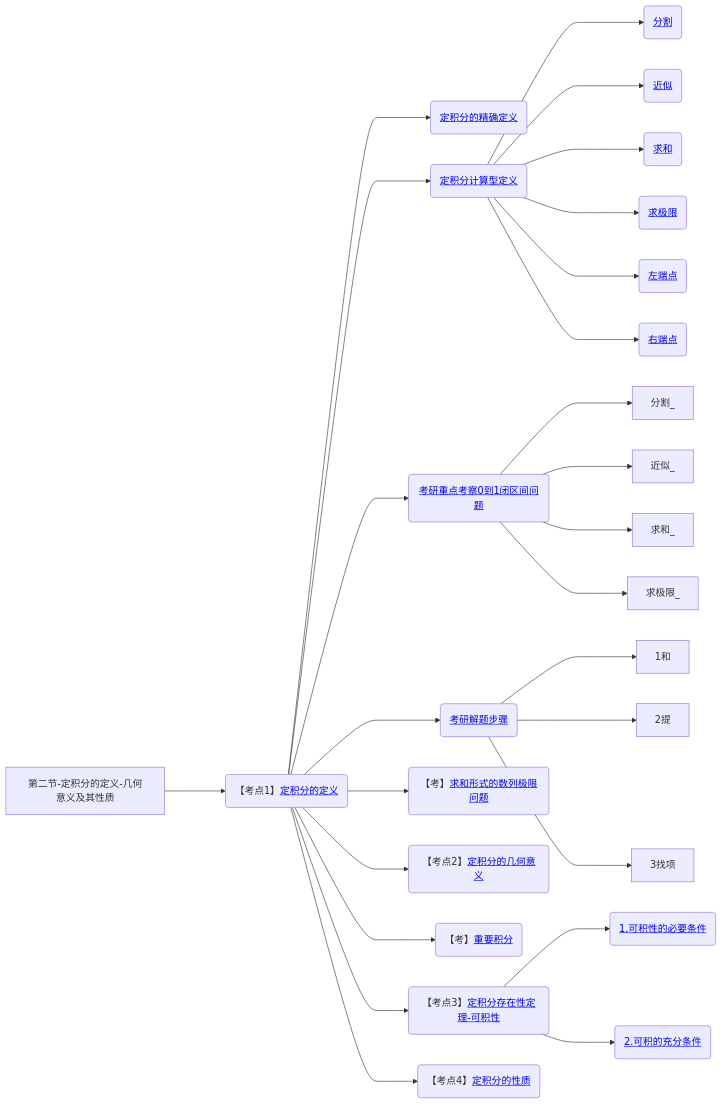
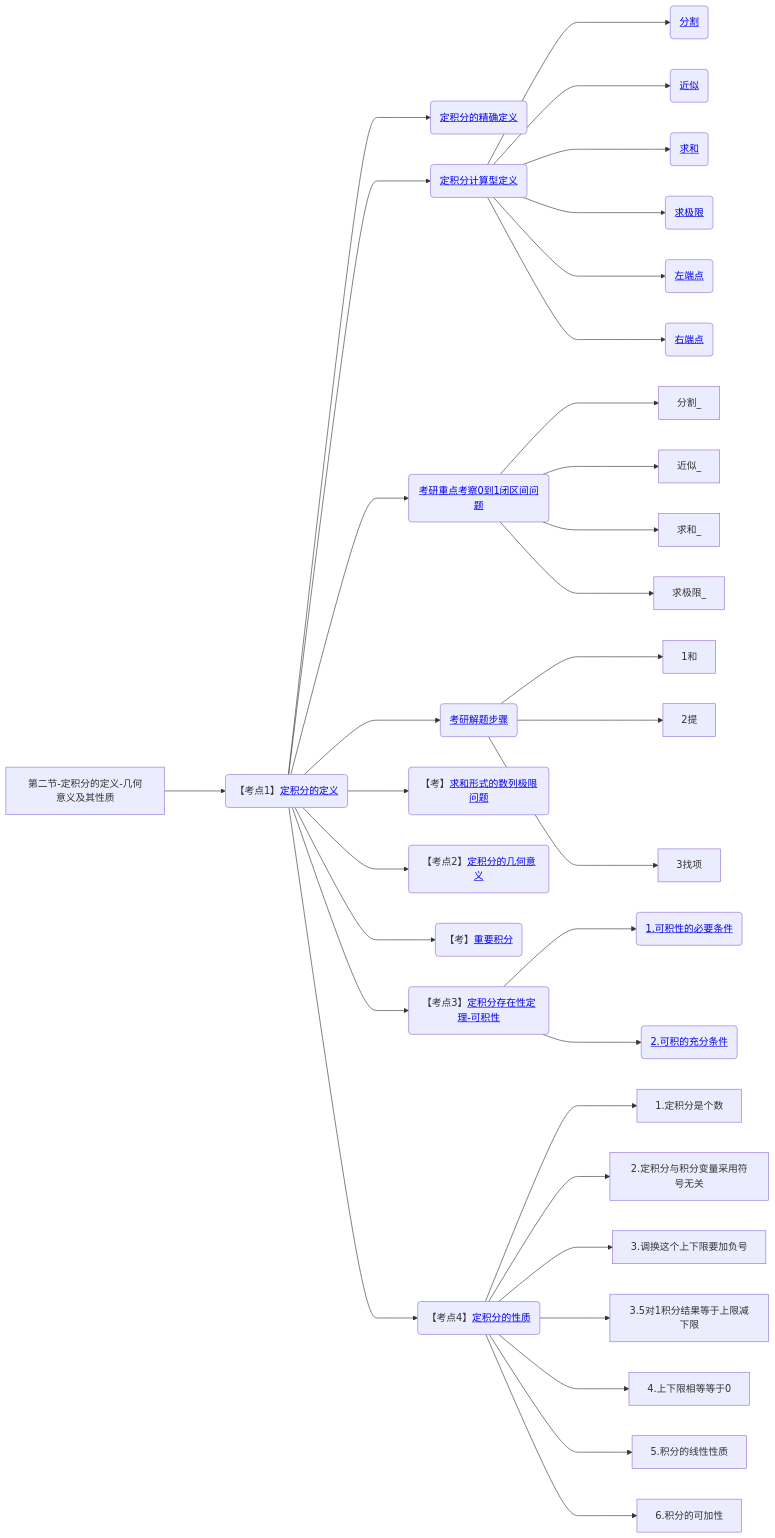
One commit to yuebinghui/note changed diagram 19 of 19 in 笔记/数学/周洋鑫/01.基础班思维导图.md. Above: the diagram before and after it, drawn with Mermaid. The commit also changed 4 other files, not shown here.

````diff
--- a/笔记/数学/周洋鑫/01.基础班思维导图.md
+++ b/笔记/数学/周洋鑫/01.基础班思维导图.md
@@ -694,39 +694,47 @@
 ```mermaid
 graph LR
 第二节-定积分的定义-几何意义及其性质
 
 第二节-定积分的定义-几何意义及其性质--->定积分的定义(【考点1】<a href="/Users/yuebinghui/Documents/program/github/note/笔记/数学/周洋鑫/基础班/21.定积分的定义_1.md#定积分的定义">定积分的定义</>)
 
 定积分的定义--->定积分的精确定义(<a href="/Users/yuebinghui/Documents/program/github/note/笔记/数学/周洋鑫/基础班/21.定积分的定义_1.md#定积分的精确定义">定积分的精确定义</>)
 定积分的精确定义
 定积分的定义--->定积分计算型定义(<a href="/Users/yuebinghui/Documents/program/github/note/笔记/数学/周洋鑫/基础班/21.定积分的定义_1.md#定积分计算型定义">定积分计算型定义</>)
 定积分计算型定义--->分割(<a href="/Users/yuebinghui/Documents/program/github/note/笔记/数学/周洋鑫/基础班/21.定积分的定义_1.md#分割">分割</>)
 定积分计算型定义--->近似(<a href="/Users/yuebinghui/Documents/program/github/note/笔记/数学/周洋鑫/基础班/21.定积分的定义_1.md#近似">近似</>)
 定积分计算型定义--->求和(<a href="/Users/yuebinghui/Documents/program/github/note/笔记/数学/周洋鑫/基础班/21.定积分的定义_1.md#求和">求和</>)
 定积分计算型定义--->求极限(<a href="/Users/yuebinghui/Documents/program/github/note/笔记/数学/周洋鑫/基础班/21.定积分的定义_1.md#求极限">求极限</>)
 定积分计算型定义--->左端点(<a href="/Users/yuebinghui/Documents/program/github/note/笔记/数学/周洋鑫/基础班/21.定积分的定义_1.md#左端点">左端点</>)
 定积分计算型定义--->右端点(<a href="/Users/yuebinghui/Documents/program/github/note/笔记/数学/周洋鑫/基础班/21.定积分的定义_1.md#右端点">右端点</>)
 
 定积分的定义--->考研重点考察0到1闭区间问题(<a href="/Users/yuebinghui/Documents/program/github/note/笔记/数学/周洋鑫/基础班/21.定积分的定义_1.md#考研重点考察0到1闭区间问题">考研重点考察0到1闭区间问题</>)
 考研重点考察0到1闭区间问题--->分割_
 考研重点考察0到1闭区间问题--->近似_
 考研重点考察0到1闭区间问题--->求和_
 考研重点考察0到1闭区间问题--->求极限_
 
 定积分的定义--->考研解题步骤(<a href="/Users/yuebinghui/Documents/program/github/note/笔记/数学/周洋鑫/基础班/21.定积分的定义_1.md#考研解题步骤">考研解题步骤</>)
 考研解题步骤--->1和
 考研解题步骤--->2提
 考研解题步骤--->3找项
 
 定积分的定义--->求和形式的数列极限问题(【考】<a href="/Users/yuebinghui/Documents/program/github/note/笔记/数学/周洋鑫/基础班/21.定积分的定义_1.md#求和形式的数列极限问题">求和形式的数列极限问题</>)
 
 定积分的定义--->定积分的几何意义(【考点2】<a href="/Users/yuebinghui/Documents/program/github/note/笔记/数学/周洋鑫/基础班/21.定积分的定义_1.md#定积分的几何意义">定积分的几何意义</>)
 定积分的定义--->重要积分(【考】<a href="/Users/yuebinghui/Documents/program/github/note/笔记/数学/周洋鑫/基础班/21.定积分的定义_1.md#重要积分">重要积分</>)
 
 定积分的定义--->定积分存在性定理-可积性(【考点3】<a href="/Users/yuebinghui/Documents/program/github/note/笔记/数学/周洋鑫/基础班/21.定积分的定义_1.md#定积分存在性定理-可积性">定积分存在性定理-可积性</>)
 定积分存在性定理-可积性--->1.可积性的必要条件(<a href="/Users/yuebinghui/Documents/program/github/note/笔记/数学/周洋鑫/基础班/21.定积分的定义_1.md#1.可积性的必要条件">1.可积性的必要条件</>)
 定积分存在性定理-可积性--->2.可积的充分条件(<a href="/Users/yuebinghui/Documents/program/github/note/笔记/数学/周洋鑫/基础班/21.定积分的定义_1.md#2.可积的充分条件">2.可积的充分条件</>)
 定积分的定义--->定积分的性质(【考点4】<a href="/Users/yuebinghui/Documents/program/github/note/笔记/数学/周洋鑫/基础班/21.定积分的定义_1.md#定积分的性质">定积分的性质</>)
 
+定积分的性质--->1.定积分是个数
+定积分的性质--->2.定积分与积分变量采用符号无关
+定积分的性质--->3.调换这个上下限要加负号
+定积分的性质--->3.5对1积分结果等于上限减下限
+定积分的性质--->4.上下限相等等于0
+定积分的性质--->5.积分的线性性质
+定积分的性质--->6.积分的可加性
+
 
 ```
````
